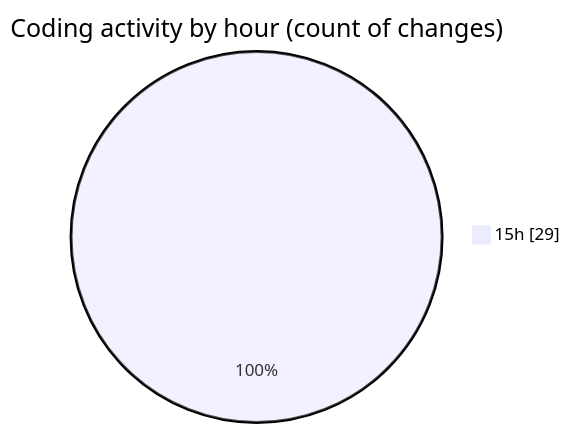
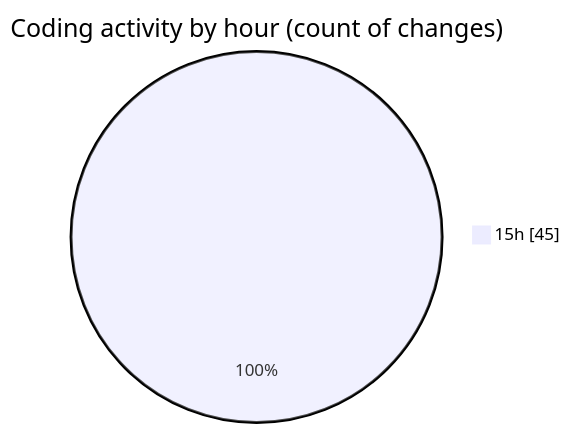
The second of 2 diagrams in 2025-07-13/rentotp/README.md (lephambinh05/code-tracking), drawn with Mermaid before and after one commit. The commit also changed other lines of this file and 1 other file, not shown here.

````diff
--- a/2025-07-13/rentotp/README.md
+++ b/2025-07-13/rentotp/README.md
@@ -40,5 +47,5 @@
 ```mermaid
 pie showData
 title Coding activity by hour (count of changes)
-"15h" : 29
+"15h" : 45
 ```
````
